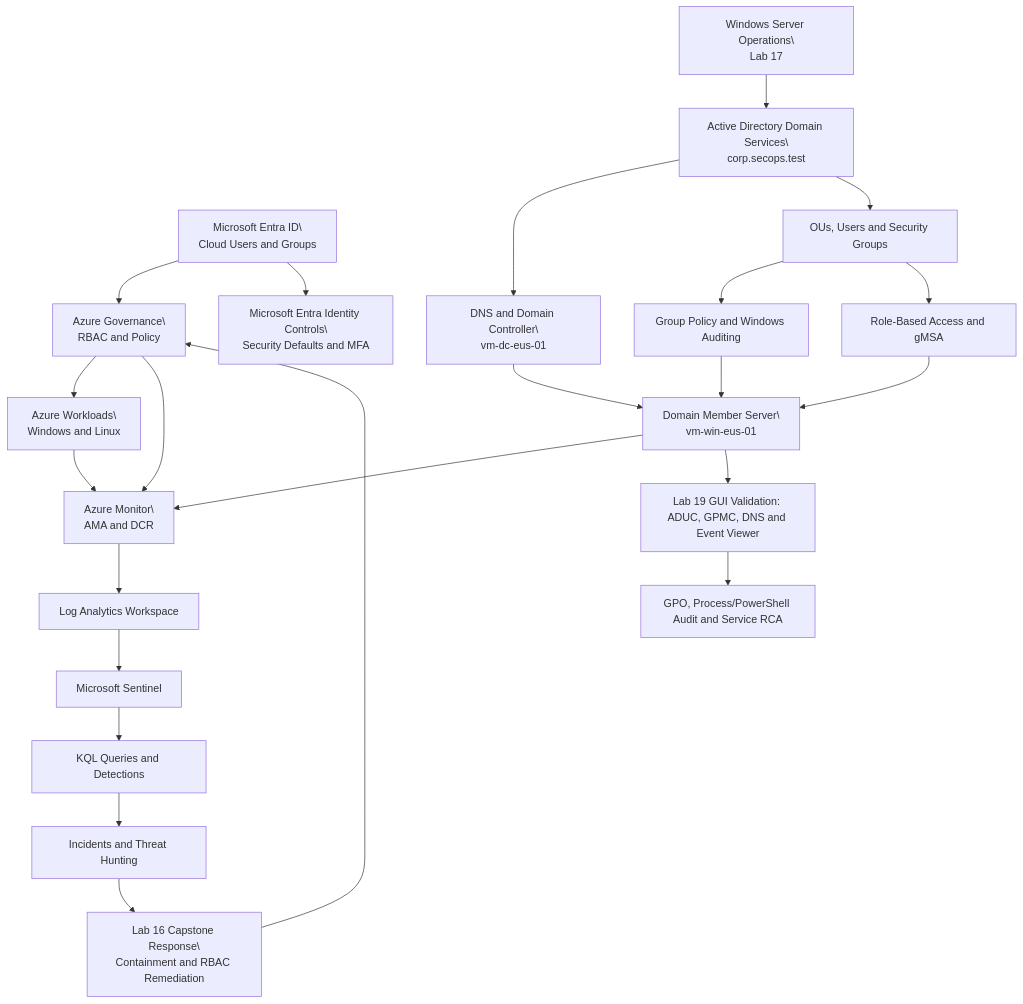
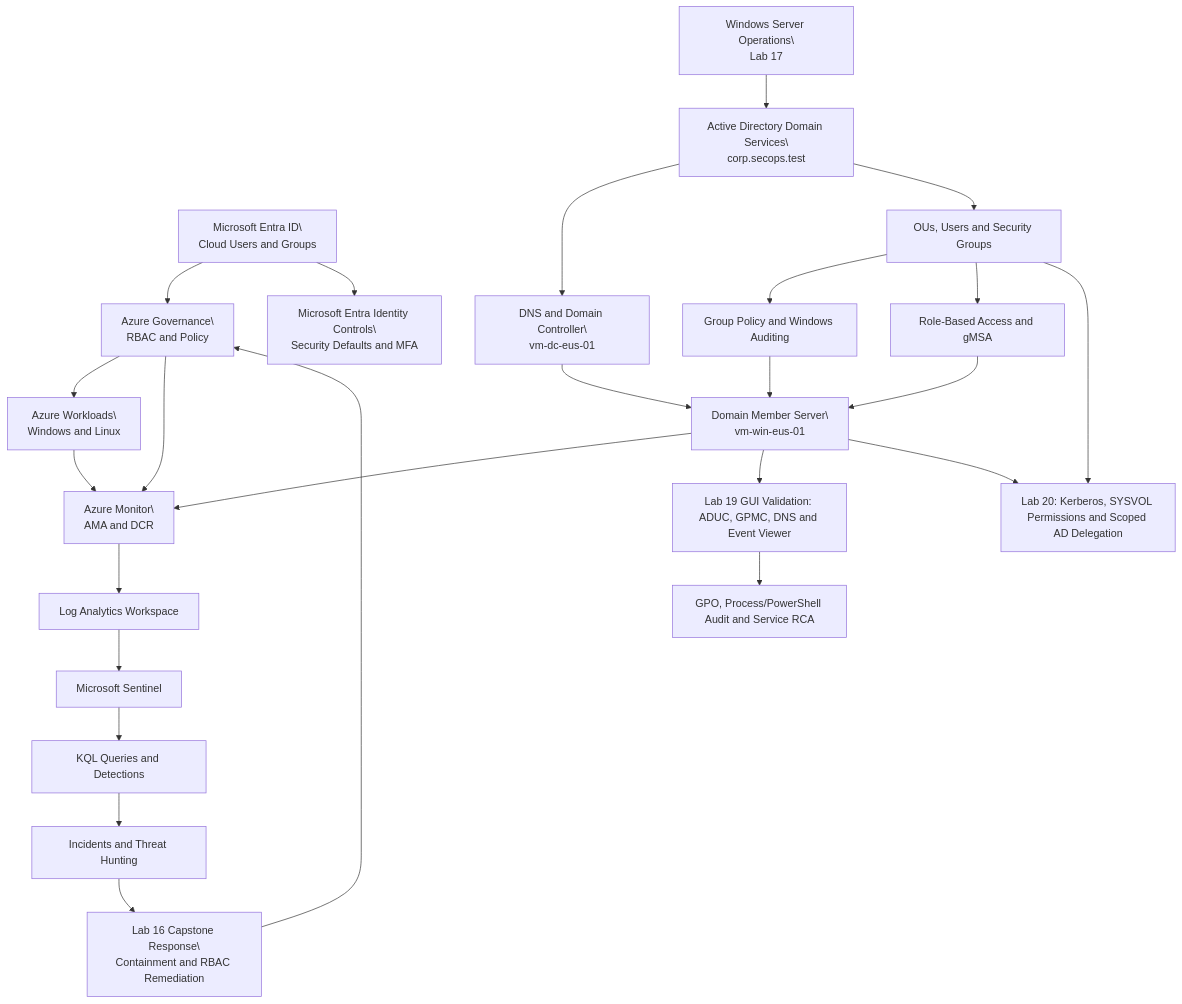
One commit to Walber2903/azure-security-operations-lab changed the diagram in README.md. Above: the diagram before and after it, drawn with Mermaid. The commit also changed other lines of this file and 32 other files, not shown here.

````diff
--- a/README.md
+++ b/README.md
@@ -255,50 +256,53 @@
 ```mermaid
 
 flowchart TD
 
     A["Microsoft Entra ID\<br/>Cloud Users and Groups"]
     B["Azure Governance\<br/>RBAC and Policy"]
     C["Azure Workloads\<br/>Windows and Linux"]
     D["Azure Monitor\<br/>AMA and DCR"]
     E["Log Analytics Workspace"]
     F["Microsoft Sentinel"]
     G["KQL Queries and Detections"]
     H["Incidents and Threat Hunting"]
     I["Microsoft Entra Identity Controls\<br/>Security Defaults and MFA"]
     J["Lab 16 Capstone Response\<br/>Containment and RBAC Remediation"]
 
     K["Windows Server Operations\<br/>Lab 17"]
     L["Active Directory Domain Services\<br/>corp.secops.test"]
     M["DNS and Domain Controller\<br/>vm-dc-eus-01"]
     N["Domain Member Server\<br/>vm-win-eus-01"]
     O["OUs, Users and Security Groups"]
     P["Group Policy and Windows Auditing"]
     Q["Role-Based Access and gMSA"]
     R["Lab 19 GUI Validation: ADUC, GPMC, DNS and Event Viewer"]
     S["GPO, Process/PowerShell Audit and Service RCA"]
+    T["Lab 20: Kerberos, SYSVOL Permissions and Scoped AD Delegation"]
 
     A --> B
     A --> I
     B --> C
     C --> D
     B --> D
     D --> E
     E --> F
     F --> G
     G --> H
     H --> J
     J --> B
 
     K --> L
     L --> M
     M --> N
     L --> O
     O --> P
     O --> Q
     P --> N
     Q --> N
     N --> D
     N --> R
     R --> S
+    N --> T
+    O --> T
 
 ```
````
